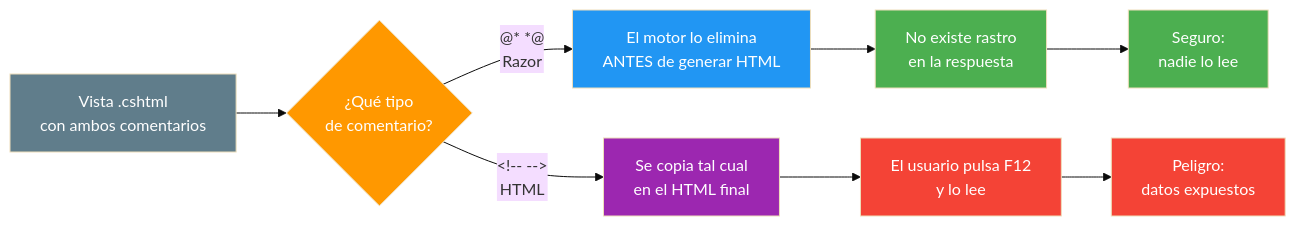
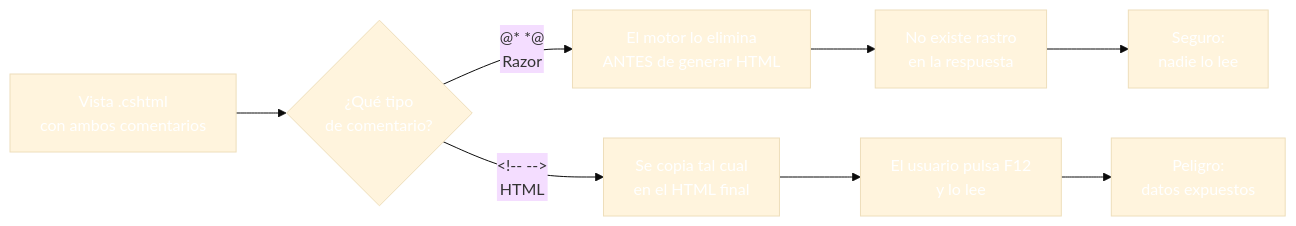
One commit to joseluisgs/DesarrolloWebEntornosServidor-03-2026-2027 changed the sixth of 7 diagrams in 01-razor-fundamentos.md. Above: the diagram before and after it, drawn with Mermaid (base theme). The commit also changed other lines of this file and 30 other files, not shown here.

````diff
--- a/01-razor-fundamentos.md
+++ b/01-razor-fundamentos.md
@@ -426,21 +426,21 @@
 ```mermaid
 graph LR
     A["Vista .cshtml<br/>con ambos comentarios"] --> B{"¿Qué tipo<br/>de comentario?"}
 
     B -->|"@* *@<br/>Razor"| C["El motor lo elimina<br/>ANTES de generar HTML"]
     C --> D["No existe rastro<br/>en la respuesta"]
     D --> E["Seguro:<br/>nadie lo lee"]
 
     B -->|"&lt;!-- --&gt;<br/>HTML"| F["Se copia tal cual<br/>en el HTML final"]
     F --> G["El usuario pulsa F12<br/>y lo lee"]
     G --> H["Peligro:<br/>datos expuestos"]
 
-    style A fill:#607D8B,color:#fff
-    style B fill:#FF9800,color:#fff
-    style C fill:#2196F3,color:#fff
-    style D fill:#4CAF50,color:#fff
-    style E fill:#4CAF50,color:#fff
-    style F fill:#9C27B0,color:#fff
-    style G fill:#f44336,color:#fff
-    style H fill:#f44336,color:#fff
+    style A fill:#607D8,color:#fffB,color:#fff
+    style B fill:#FF980,color:#fff0,color:#fff
+    style C fill:#2196F,color:#fff3,color:#fff
+    style D fill:#4CAF5,color:#fff0,color:#fff
+    style E fill:#4CAF5,color:#fff0,color:#fff
+    style F fill:#9C27B,color:#fff0,color:#fff
+    style G fill:#f4433,color:#fff6,color:#fff
+    style H fill:#f4433,color:#fff6,color:#fff
 ```
````
